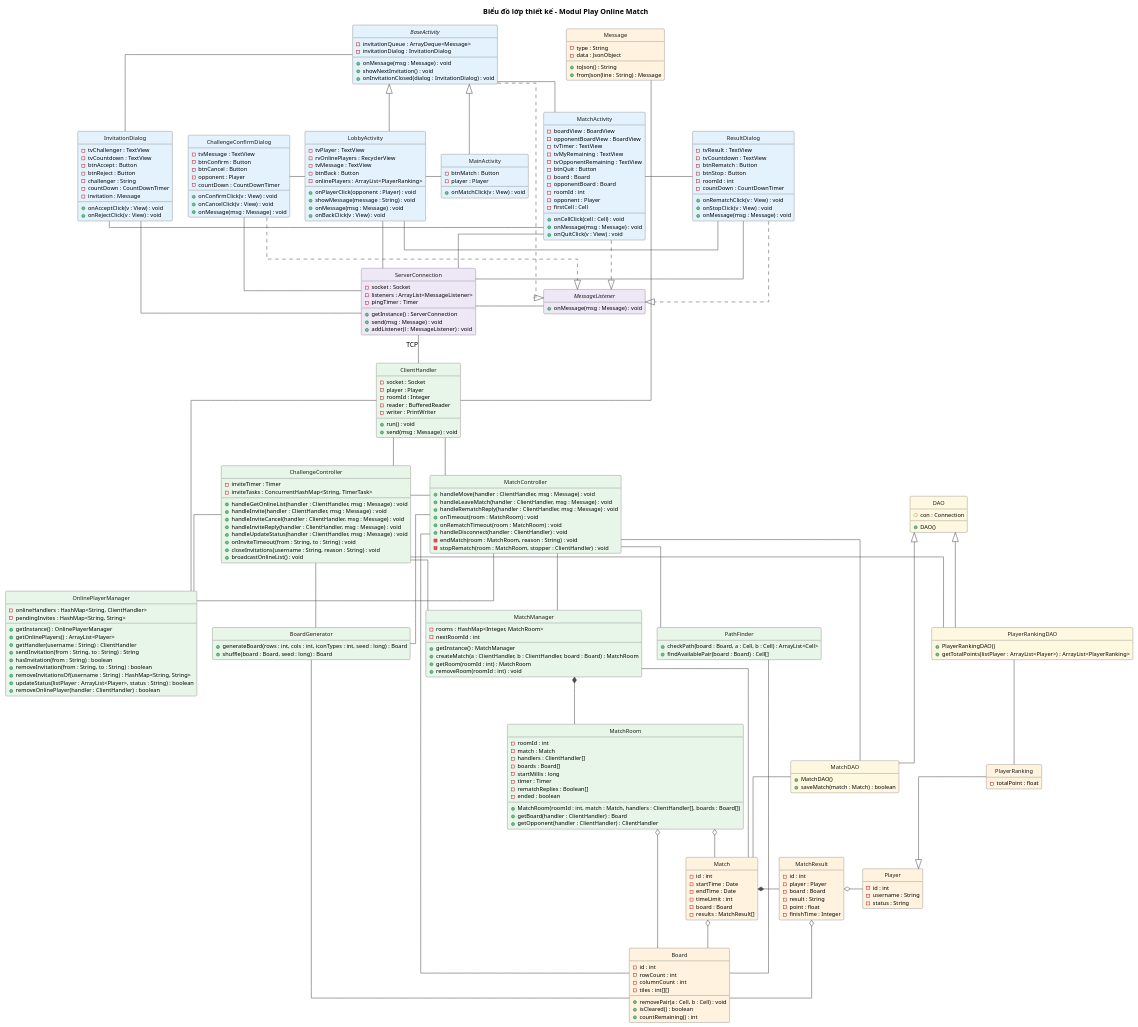
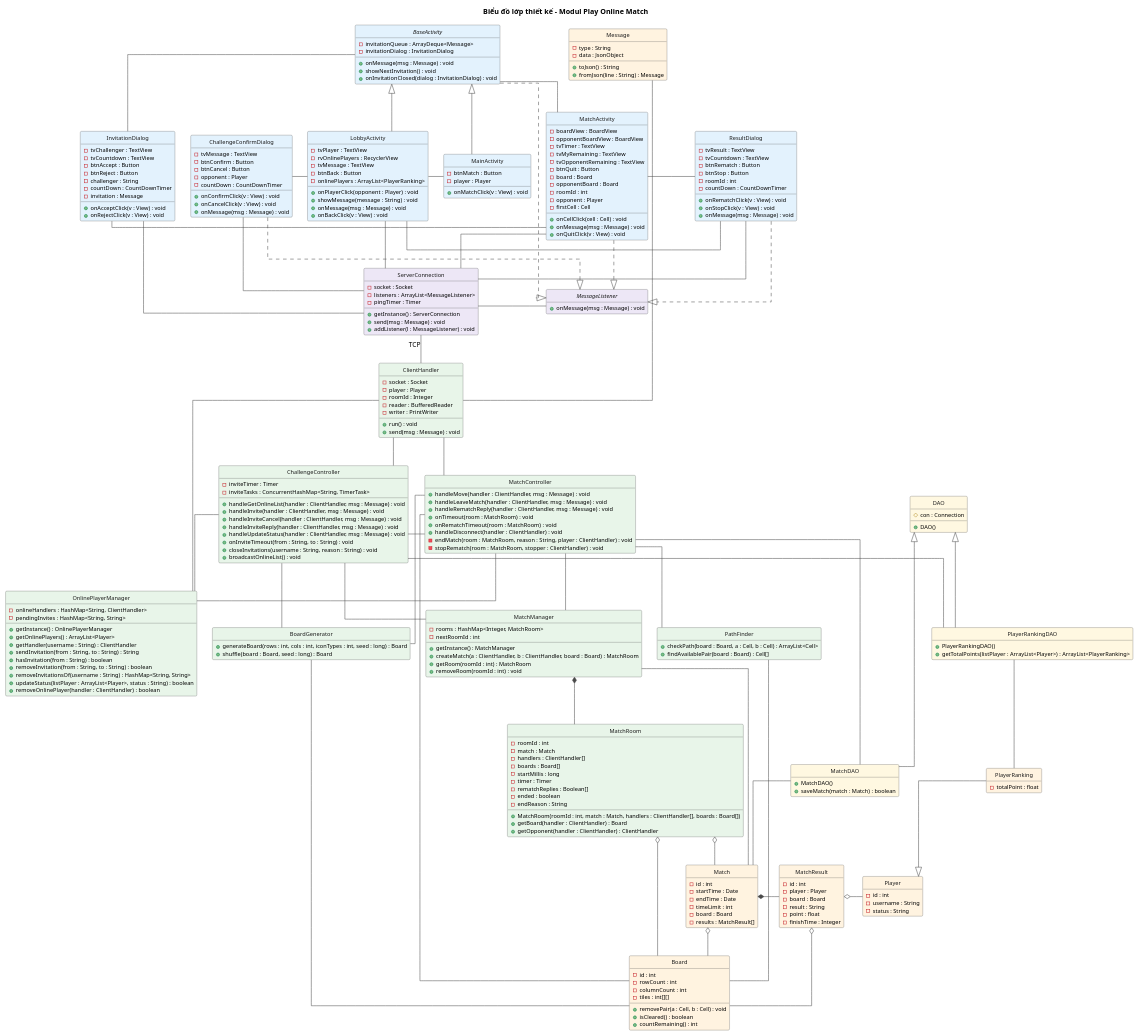
Before and after one commit to VattenL/mobile-pikachu: the diagram in docs/uml/pha3/class-design-m4.puml, drawn with PlantUML. The commit also changed 18 other files, not shown here.

```diff
--- a/docs/uml/pha3/class-design-m4.puml
+++ b/docs/uml/pha3/class-design-m4.puml
@@ -139,7 +139,7 @@
   + onTimeout(room : MatchRoom) : void
   + onRematchTimeout(room : MatchRoom) : void
   + handleDisconnect(handler : ClientHandler) : void
-  - endMatch(room : MatchRoom, reason : String) : void
+  - endMatch(room : MatchRoom, reason : String, player : ClientHandler) : void
   - stopRematch(room : MatchRoom, stopper : ClientHandler) : void
 }
 
@@ -175,6 +175,7 @@
   - timer : Timer
   - rematchReplies : Boolean[]
   - ended : boolean
+  - endReason : String
   + MatchRoom(roomId : int, match : Match, handlers : ClientHandler[], boards : Board[])
   + getBoard(handler : ClientHandler) : Board
   + getOpponent(handler : ClientHandler) : ClientHandler
```
